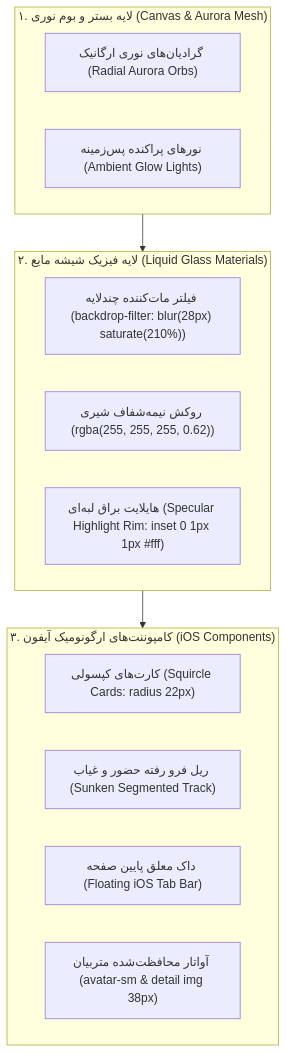
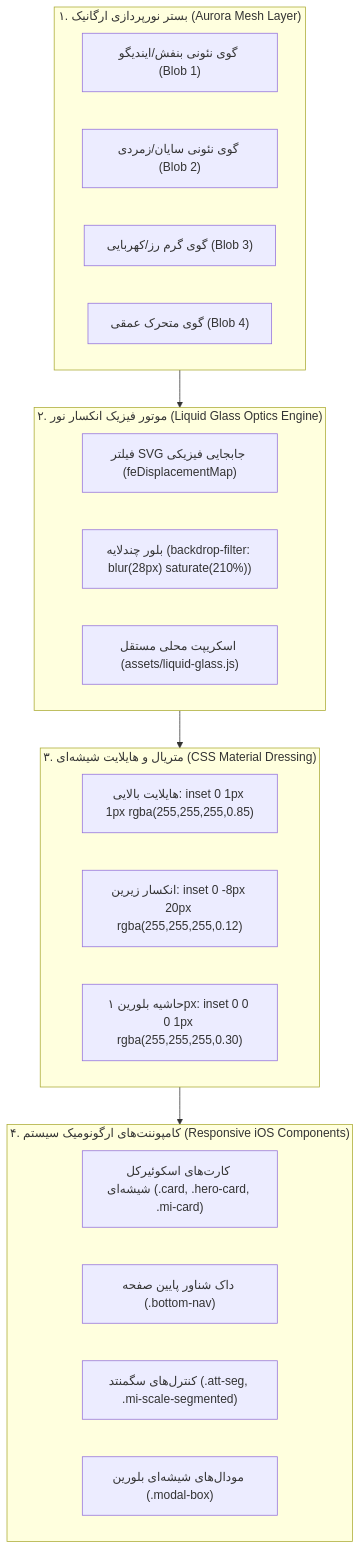
The diagram in docs/ai/masters/MASTER_03_IOS_LIQUID_GLASS.md (elyas5203/jalasecharshanbe), drawn with Mermaid before and after one commit. The commit also changed other lines of this file and 27 other files, not shown here.

Commit message:
feat: complete Ultra Liquid Glass redesign, master architecture docs, and database update

````diff
--- a/docs/ai/masters/MASTER_03_IOS_LIQUID_GLASS.md
+++ b/docs/ai/masters/MASTER_03_IOS_LIQUID_GLASS.md
@@ -26,23 +43,32 @@
 ```mermaid
 flowchart TD
-    subgraph Canvas ["۱. لایه بستر و بوم نوری (Canvas & Aurora Mesh)"]
-        A["گرادیان‌های نوری ارگانیک (Radial Aurora Orbs)"]
-        B["نورهای پراکنده پس‌زمینه (Ambient Glow Lights)"]
+    subgraph MeshCanvas ["۱. بستر نورپردازی ارگانیک (Aurora Mesh Layer)"]
+        M1["گوی نئونی بنفش/ایندیگو (Blob 1)"]
+        M2["گوی نئونی سایان/زمردی (Blob 2)"]
+        M3["گوی گرم رز/کهربایی (Blob 3)"]
+        M4["گوی متحرک عمقی (Blob 4)"]
     end
 
-    subgraph GlassLayer ["۲. لایه فیزیک شیشه مایع (Liquid Glass Materials)"]
-        C["فیلتر مات‌کننده چندلایه (backdrop-filter: blur(28px) saturate(210%))"]
-        D["روکش نیمه‌شفاف شیری (rgba(255, 255, 255, 0.62))"]
-        E["هایلایت براق لبه‌ای (Specular Highlight Rim: inset 0 1px 1px #fff)"]
+    subgraph Optics ["۲. موتور فیزیک انکسار نور (Liquid Glass Optics Engine)"]
+        O1["فیلتر SVG جابجایی فیزیکی (feDisplacementMap)"]
+        O2["بلور چندلایه (backdrop-filter: blur(28px) saturate(210%))"]
+        O3["اسکریپت محلی مستقل (assets/liquid-glass.js)"]
     end
 
-    subgraph Ergonomics ["۳. کامپوننت‌های ارگونومیک آیفون (iOS Components)"]
-        F["کارت‌های کپسولی (Squircle Cards: radius 22px)"]
-        G["ریل فرو رفته حضور و غیاب (Sunken Segmented Track)"]
-        H["داک معلق پایین صفحه (Floating iOS Tab Bar)"]
-        I["آواتار محافظت‌شده متربیان (avatar-sm & detail img 38px)"]
+    subgraph Dressing ["۳. متریال و هایلایت شیشه‌ای (CSS Material Dressing)"]
+        D1["هایلایت بالایی: inset 0 1px 1px rgba(255,255,255,0.85)"]
+        D2["انکسار زیرین: inset 0 -8px 20px rgba(255,255,255,0.12)"]
+        D3["حاشیه بلورین ۱px: inset 0 0 0 1px rgba(255,255,255,0.30)"]
     end
 
-    Canvas --> GlassLayer
-    GlassLayer --> Ergonomics
+    subgraph UI ["۴. کامپوننت‌های ارگونومیک سیستم (Responsive iOS Components)"]
+        C1["کارت‌های اسکوئیرکل شیشه‌ای (.card, .hero-card, .mi-card)"]
+        C2["داک شناور پایین صفحه (.bottom-nav)"]
+        C3["کنترل‌های سگمنتد (.att-seg, .mi-scale-segmented)"]
+        C4["مودال‌های شیشه‌ای بلورین (.modal-box)"]
+    end
+
+    MeshCanvas --> Optics
+    Optics --> Dressing
+    Dressing --> UI
 ```
````
